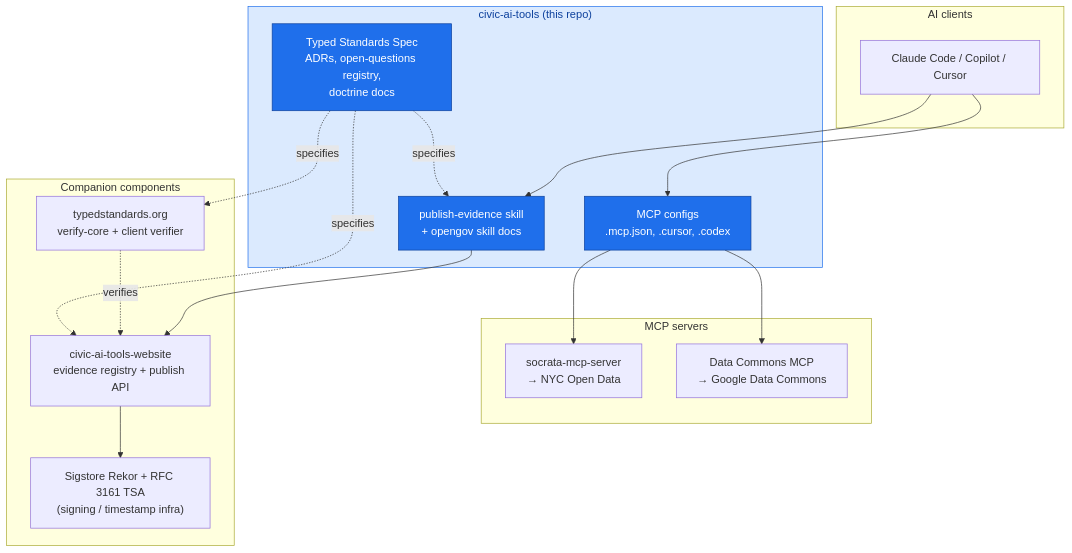
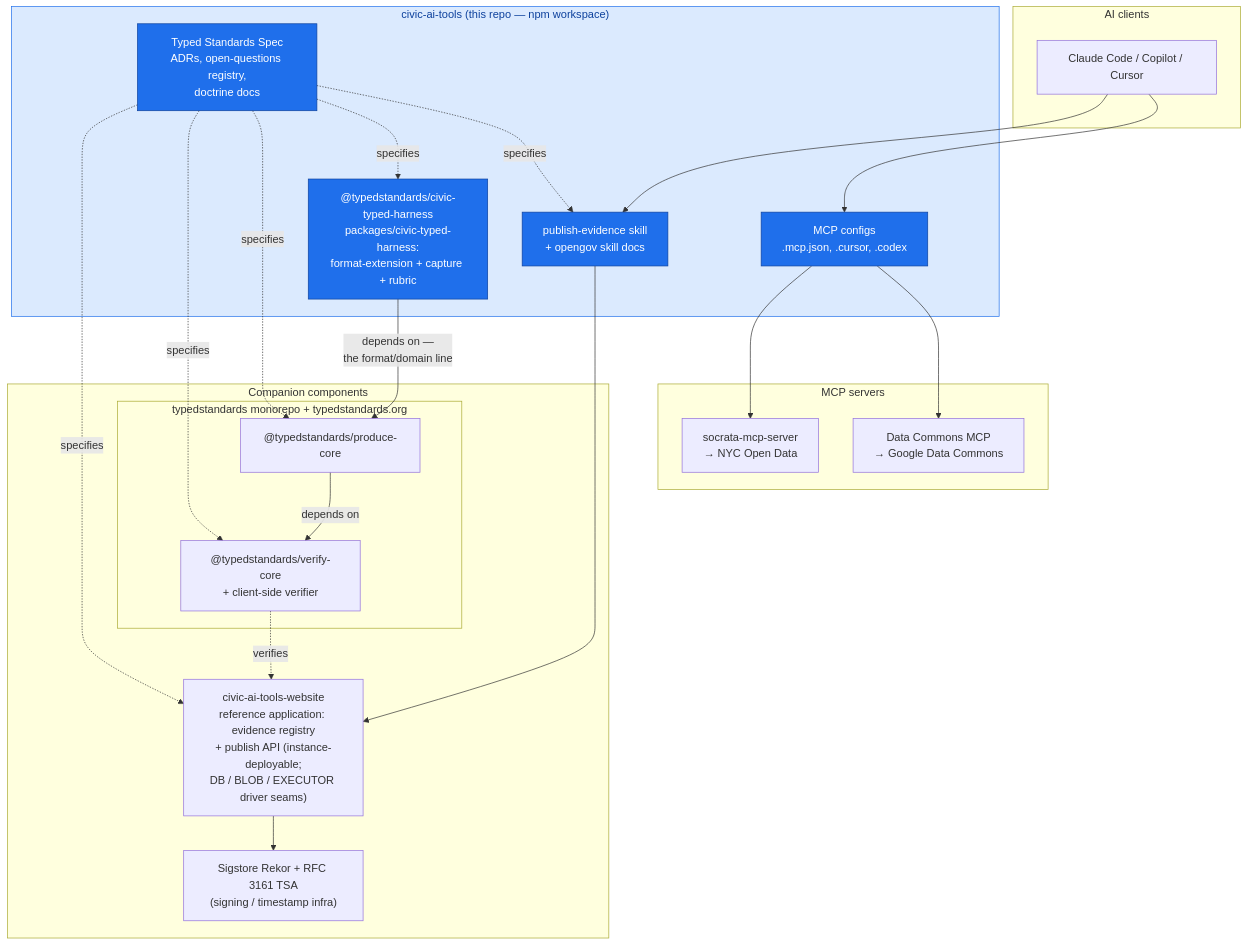
One commit to npstorey/civic-ai-tools changed the third of 4 diagrams in research/04-architecture-views.md. Above: the diagram before and after it, drawn with Mermaid. The commit also changed other lines of this file and 11 other files, not shown here.

````diff
--- a/research/04-architecture-views.md
+++ b/research/04-architecture-views.md
@@ -44,32 +46,38 @@
 ```mermaid
 flowchart TB
     subgraph Clients["AI clients"]
         CC["Claude Code / Copilot / Cursor"]
     end
 
-    subgraph ThisRepo["civic-ai-tools (this repo)"]
+    subgraph ThisRepo["civic-ai-tools (this repo — npm workspace)"]
         CFG["MCP configs<br/>.mcp.json, .cursor, .codex"]:::thisRepo
         SKILL["publish-evidence skill<br/>+ opengov skill docs"]:::thisRepo
+        HARNESS["@typedstandards/civic-typed-harness<br/>packages/civic-typed-harness:<br/>format-extension + capture + rubric"]:::thisRepo
         SPEC["Typed Standards Spec<br/>ADRs, open-questions registry,<br/>doctrine docs"]:::thisRepo
     end
 
     subgraph Servers["MCP servers"]
         SOC["socrata-mcp-server<br/>→ NYC Open Data"]
         DC["Data Commons MCP<br/>→ Google Data Commons"]
     end
 
     subgraph Ecosystem["Companion components"]
-        WEB["civic-ai-tools-website<br/>evidence registry + publish API"]
-        TS["typedstandards.org<br/>verify-core + client verifier"]
+        WEB["civic-ai-tools-website<br/>reference application: evidence registry<br/>+ publish API (instance-deployable;<br/>DB / BLOB / EXECUTOR driver seams)"]
+        subgraph TSRepo["typedstandards monorepo + typedstandards.org"]
+            PC["@typedstandards/produce-core"]
+            VC["@typedstandards/verify-core<br/>+ client-side verifier"]
+        end
         TRUST["Sigstore Rekor + RFC 3161 TSA<br/>(signing / timestamp infra)"]
     end
 
     CC --> CFG --> SOC & DC
     CC --> SKILL --> WEB
     WEB --> TRUST
-    TS -.verifies.-> WEB
-    SPEC -.specifies.-> WEB & TS & SKILL
+    HARNESS -- "depends on —<br/>the format/domain line" --> PC
+    PC -- "depends on" --> VC
+    VC -.verifies.-> WEB
+    SPEC -.specifies.-> WEB & PC & VC & HARNESS & SKILL
 
     classDef thisRepo fill:#1f6feb,stroke:#0d419d,color:#ffffff
     style ThisRepo fill:#dbeafe,stroke:#1f6feb,color:#0d419d
 ```
````
